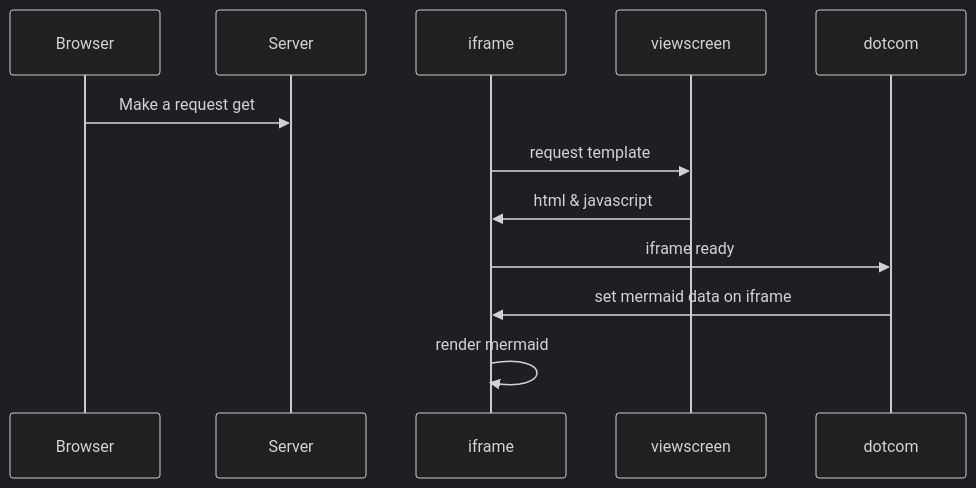
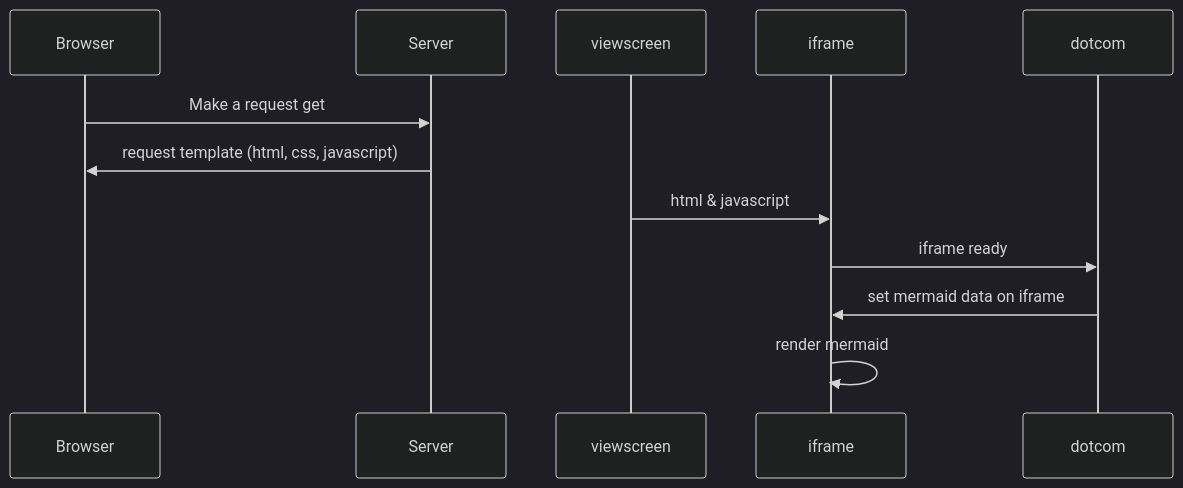
One commit to JhonTheRipper89/SequenceDiagram changed the diagram in README.md. Above: the diagram before and after it, drawn with Mermaid (dark theme).

````diff
--- a/README.md
+++ b/README.md
@@ -2,11 +2,11 @@
 ```mermaid
 sequenceDiagram
     participant Browser
     participant Server
     Browser->>Server: Make a request get
-    iframe->>viewscreen: request template
+    Server->>Browser: request template (html, css, javascript)
     viewscreen->>iframe: html & javascript
     iframe->>dotcom: iframe ready
     dotcom->>iframe: set mermaid data on iframe
     iframe->>iframe: render mermaid
 ```
````
